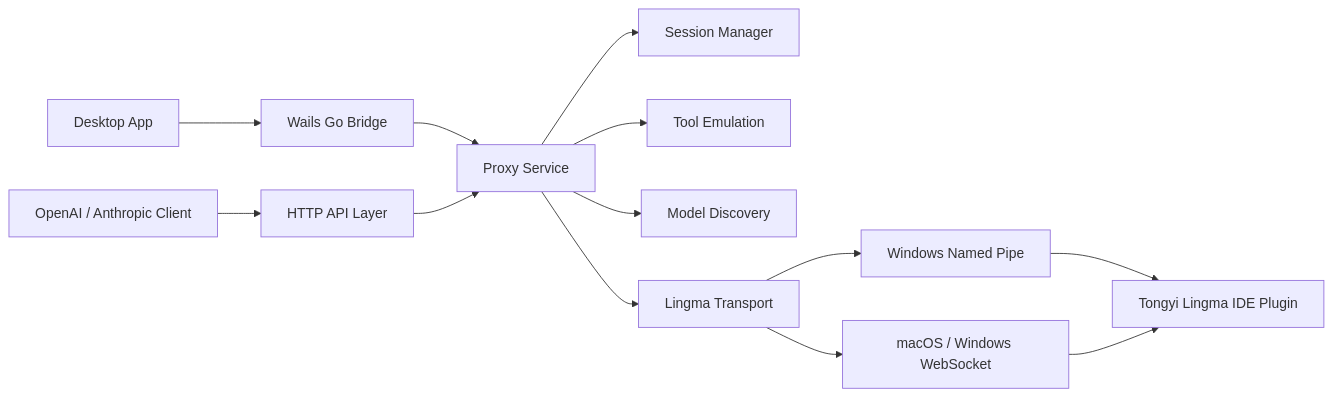
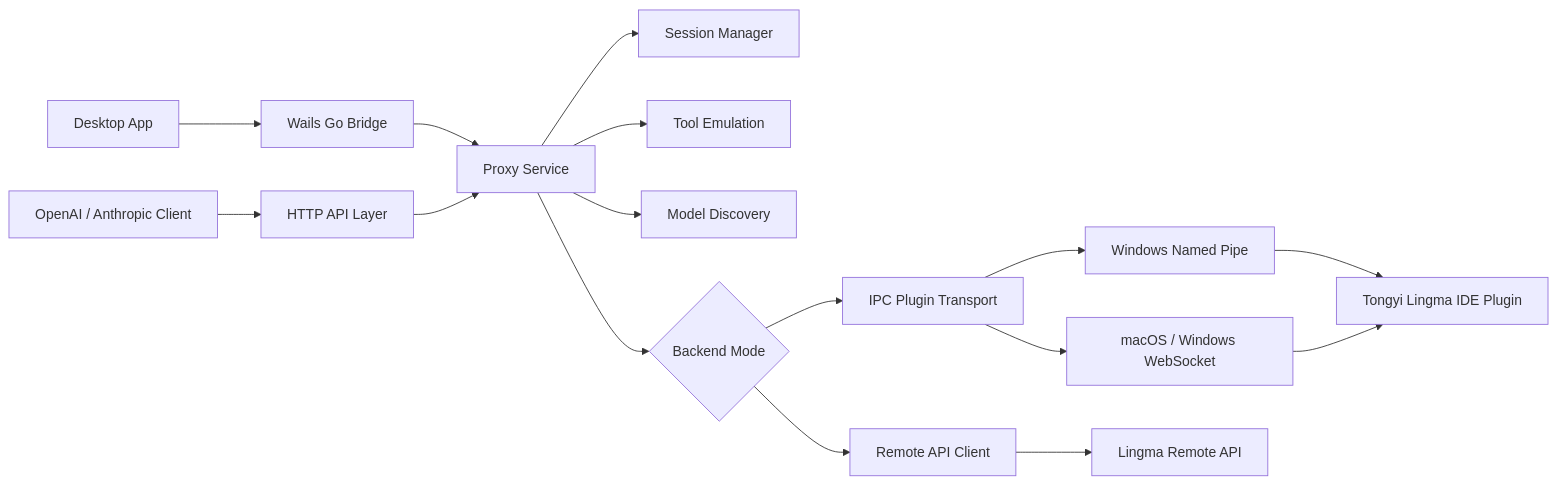
One commit to Lutiancheng1/lingma-ipc-proxy changed the diagram in README.md. Above: the diagram before and after it, drawn with Mermaid. The commit also changed other lines of this file and 14 other files, not shown here.

Commit message:
Add experimental Lingma remote backend

````diff
--- a/README.md
+++ b/README.md
@@ -114,15 +122,18 @@
 ```mermaid
 flowchart LR
   Client["OpenAI / Anthropic Client"] --> HTTP["HTTP API Layer"]
   Desktop["Desktop App"] --> AppBridge["Wails Go Bridge"]
   AppBridge --> Service["Proxy Service"]
   HTTP --> Service
   Service --> Session["Session Manager"]
   Service --> Tools["Tool Emulation"]
   Service --> Models["Model Discovery"]
-  Service --> Transport["Lingma Transport"]
+  Service --> Backend{"Backend Mode"}
+  Backend --> Transport["IPC Plugin Transport"]
+  Backend --> Remote["Remote API Client"]
   Transport --> Pipe["Windows Named Pipe"]
   Transport --> WS["macOS / Windows WebSocket"]
   Pipe --> Lingma["Tongyi Lingma IDE Plugin"]
   WS --> Lingma
+  Remote --> Cloud["Lingma Remote API"]
 ```
````
